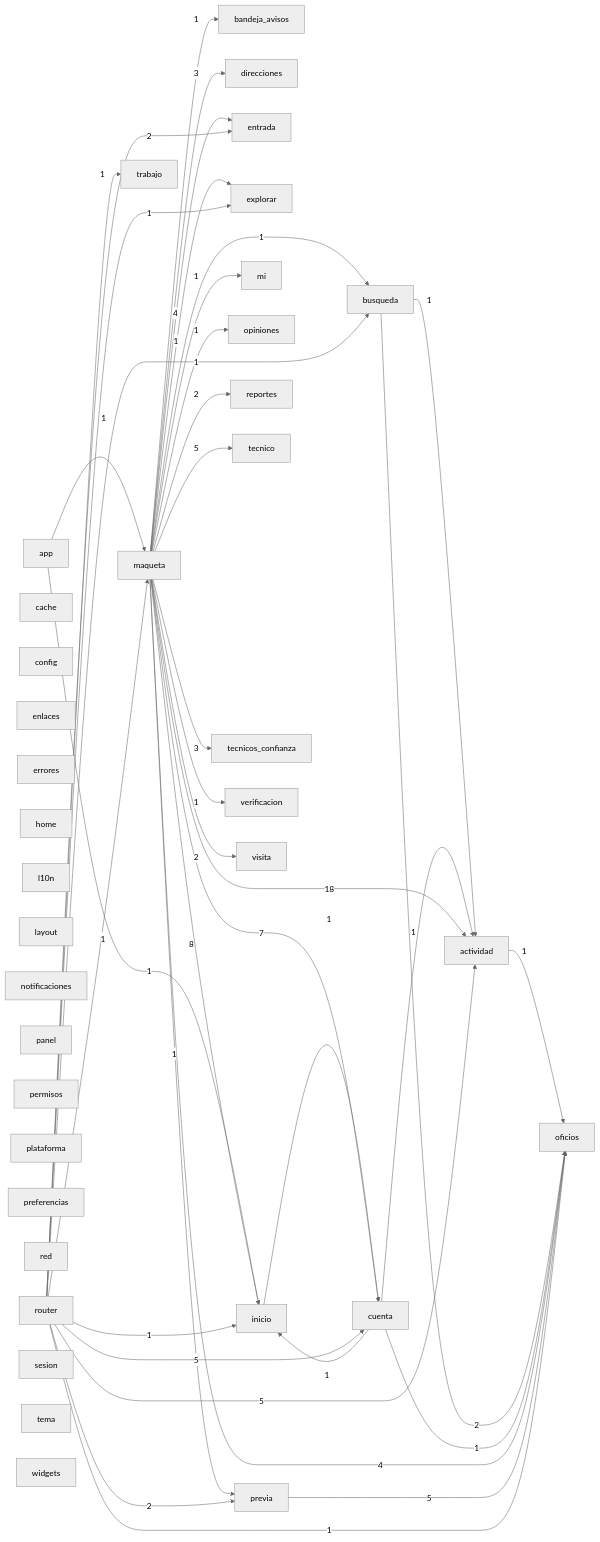
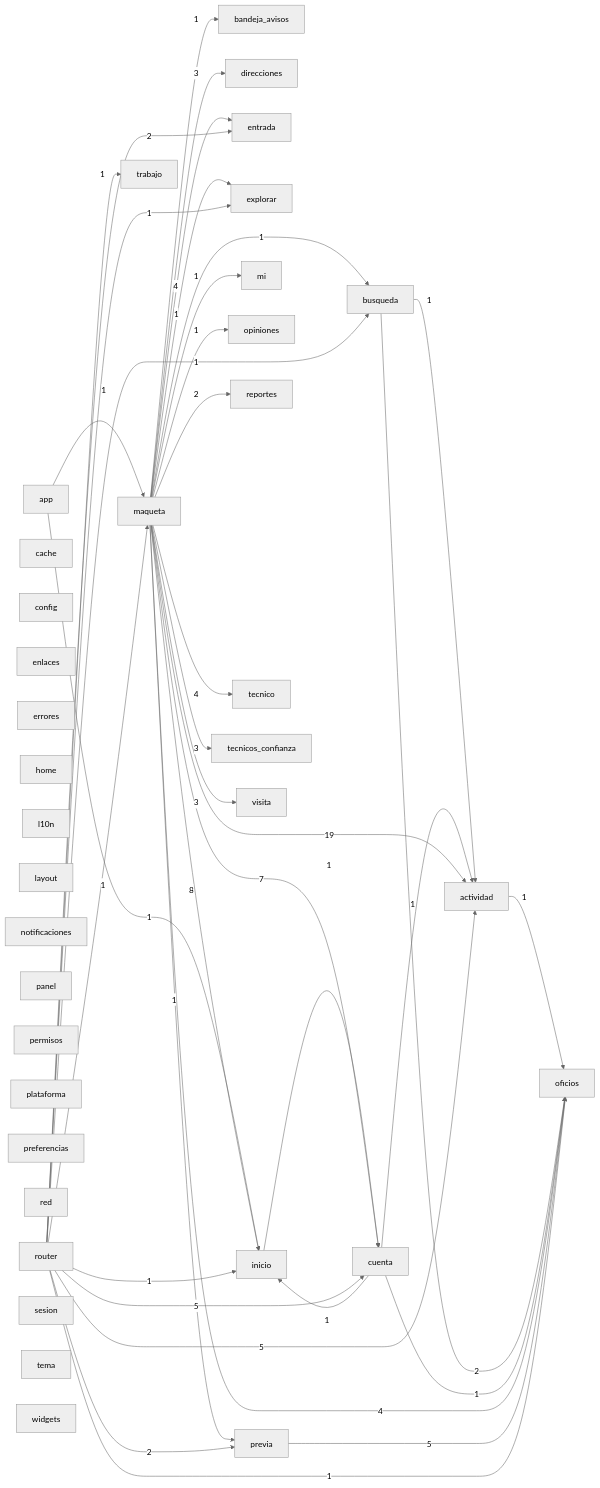
Before and after one commit to Tensei-Devs/knock-frontend: the diagram in docs/architecture/modules.mmd, drawn with Mermaid (neutral theme). The commit also changed 18 other files, not shown here.

```diff
--- a/docs/architecture/modules.mmd
+++ b/docs/architecture/modules.mmd
@@ -1,75 +1,73 @@
 graph LR
   actividad["actividad"]
   app["app"]
   bandeja_avisos["bandeja_avisos"]
   busqueda["busqueda"]
   cache["cache"]
   config["config"]
   cuenta["cuenta"]
   direcciones["direcciones"]
   enlaces["enlaces"]
   entrada["entrada"]
   errores["errores"]
   explorar["explorar"]
   home["home"]
   inicio["inicio"]
   l10n["l10n"]
   layout["layout"]
   maqueta["maqueta"]
   mi["mi"]
   notificaciones["notificaciones"]
   oficios["oficios"]
   opiniones["opiniones"]
   panel["panel"]
   permisos["permisos"]
   plataforma["plataforma"]
   preferencias["preferencias"]
   previa["previa"]
   red["red"]
   reportes["reportes"]
   router["router"]
   sesion["sesion"]
   tecnico["tecnico"]
   tecnicos_confianza["tecnicos_confianza"]
   tema["tema"]
   trabajo["trabajo"]
-  verificacion["verificacion"]
   visita["visita"]
   widgets["widgets"]
   actividad -->|1| oficios
   app -->|1| inicio
   app -->|1| maqueta
   busqueda -->|1| actividad
   busqueda -->|2| oficios
   cuenta -->|1| actividad
   cuenta -->|1| inicio
   cuenta -->|1| oficios
   inicio -->|1| cuenta
-  maqueta -->|18| actividad
+  maqueta -->|19| actividad
   maqueta -->|1| bandeja_avisos
   maqueta -->|1| busqueda
   maqueta -->|7| cuenta
   maqueta -->|3| direcciones
   maqueta -->|4| entrada
   maqueta -->|1| explorar
   maqueta -->|8| inicio
   maqueta -->|1| mi
   maqueta -->|4| oficios
   maqueta -->|1| opiniones
   maqueta -->|1| previa
   maqueta -->|2| reportes
-  maqueta -->|5| tecnico
+  maqueta -->|4| tecnico
   maqueta -->|3| tecnicos_confianza
-  maqueta -->|1| verificacion
-  maqueta -->|2| visita
+  maqueta -->|3| visita
   previa -->|5| oficios
   router -->|5| actividad
   router -->|1| busqueda
   router -->|5| cuenta
   router -->|2| entrada
   router -->|1| explorar
   router -->|1| inicio
   router -->|1| maqueta
   router -->|1| oficios
   router -->|2| previa
   router -->|1| trabajo
```
